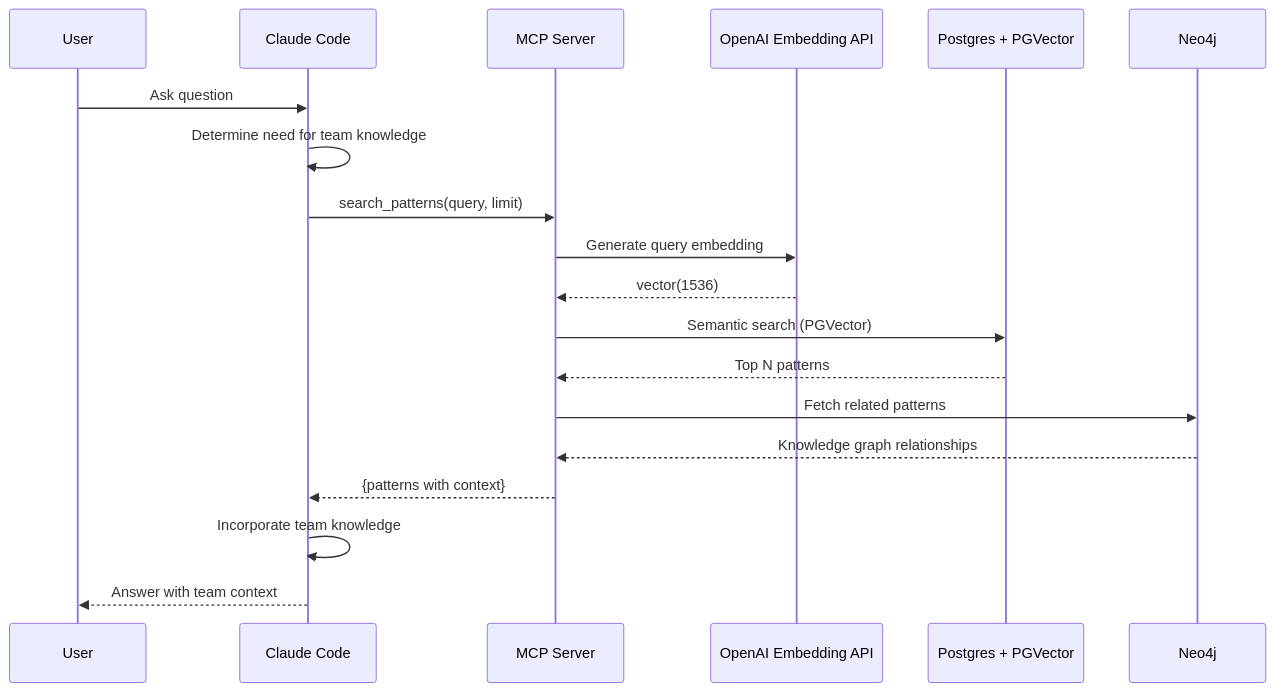
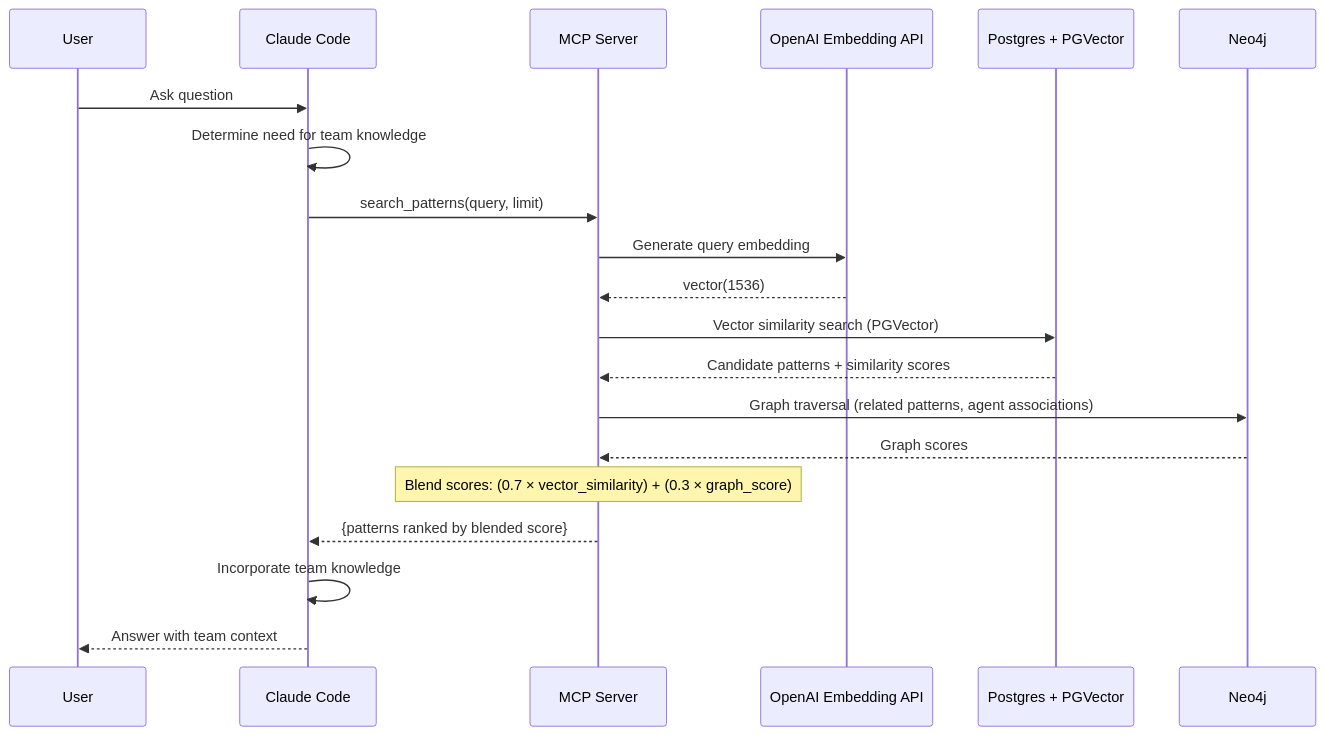
The third of 6 diagrams in docs/architecture/02-system-architecture.md (twistingmercury/mnemonic-mcp), drawn with Mermaid before and after one commit. The commit also changed 3 other files, not shown here.

````diff
--- a/docs/architecture/02-system-architecture.md
+++ b/docs/architecture/02-system-architecture.md
@@ -180,27 +180,29 @@
 ```mermaid
 sequenceDiagram
     participant User
     participant CC as Claude Code
     participant MCP as MCP Server
     participant OPENAI as OpenAI Embedding API
     participant PG as Postgres + PGVector
     participant NEO as Neo4j
 
     User->>CC: Ask question
     CC->>CC: Determine need for team knowledge
 
     CC->>MCP: search_patterns(query, limit)
 
     MCP->>OPENAI: Generate query embedding
     OPENAI-->>MCP: vector(1536)
-    MCP->>PG: Semantic search (PGVector)
-    PG-->>MCP: Top N patterns
+    MCP->>PG: Vector similarity search (PGVector)
+    PG-->>MCP: Candidate patterns + similarity scores
 
-    MCP->>NEO: Fetch related patterns
-    NEO-->>MCP: Knowledge graph relationships
+    MCP->>NEO: Graph traversal (related patterns, agent associations)
+    NEO-->>MCP: Graph scores
 
-    MCP-->>CC: {patterns with context}
+    Note over MCP: Blend scores: (0.7 × vector_similarity) + (0.3 × graph_score)
+
+    MCP-->>CC: {patterns ranked by blended score}
 
     CC->>CC: Incorporate team knowledge
     CC-->>User: Answer with team context
 ```
````
